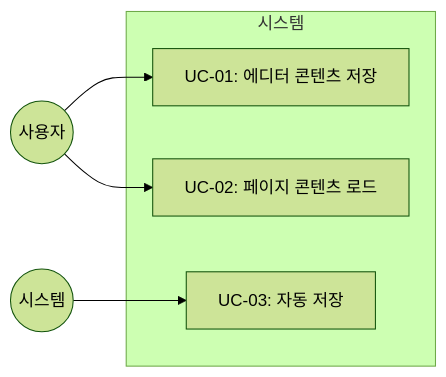
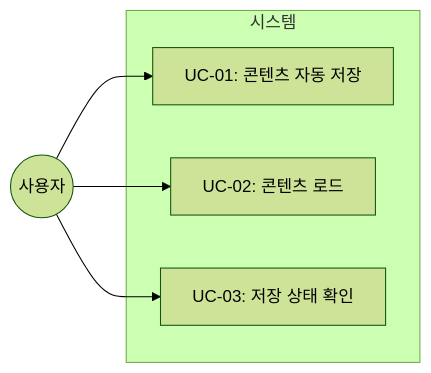
The first of 2 diagrams in .orchay/projects/notion-like/tasks/TSK-01-02/010-design.md (jongik-sv/orchay), drawn with Mermaid (forest theme) before and after one commit. The commit also changed other lines of this file and 2 other files, not shown here.

First line of the commit message:
[wf:start] TSK-01-02: 에디터 콘텐츠 저장/로드 설계 완료

````diff
--- a/.orchay/projects/notion-like/tasks/TSK-01-02/010-design.md
+++ b/.orchay/projects/notion-like/tasks/TSK-01-02/010-design.md
@@ -86,12 +86,12 @@
 ```mermaid
 flowchart LR
     subgraph 시스템
-        UC01[UC-01: 에디터 콘텐츠 저장]
-        UC02[UC-02: 페이지 콘텐츠 로드]
-        UC03[UC-03: 자동 저장]
+        UC01[UC-01: 콘텐츠 자동 저장]
+        UC02[UC-02: 콘텐츠 로드]
+        UC03[UC-03: 저장 상태 확인]
     end
 
     사용자((사용자)) --> UC01
     사용자 --> UC02
-    시스템자동((시스템)) --> UC03
+    사용자 --> UC03
 ```
````
